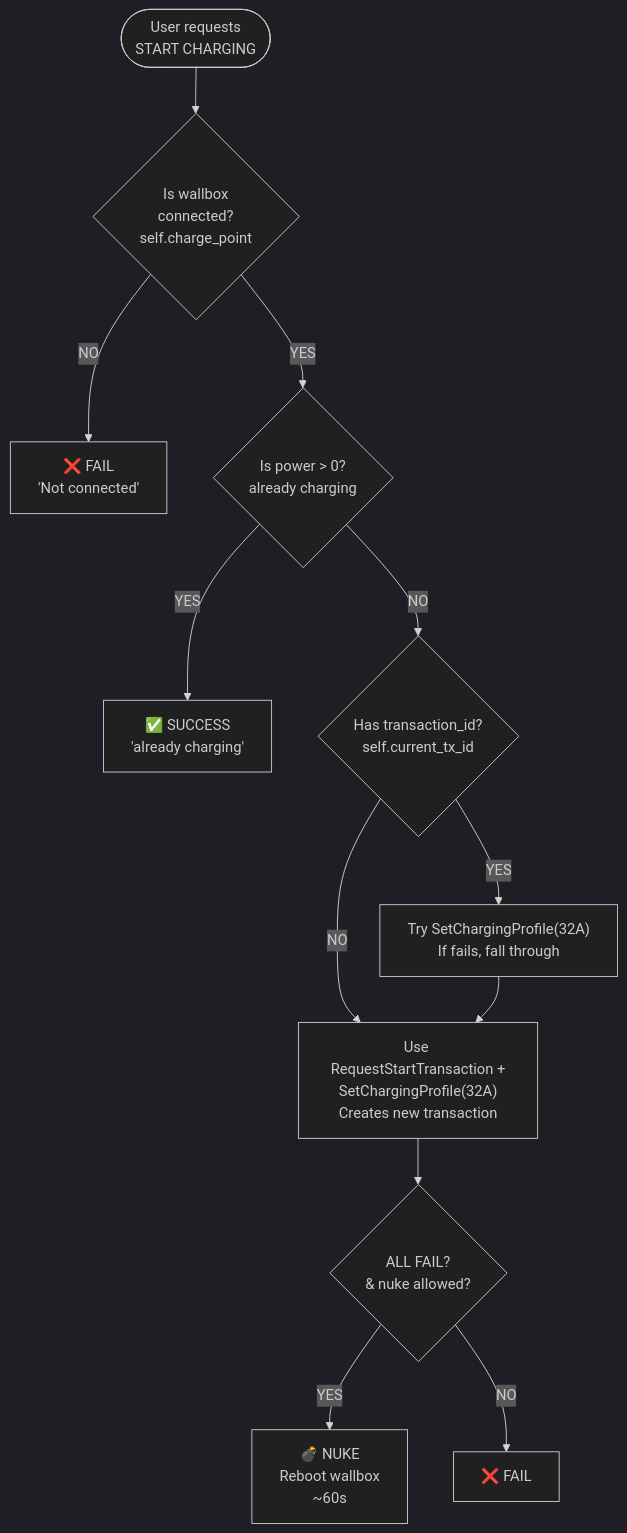
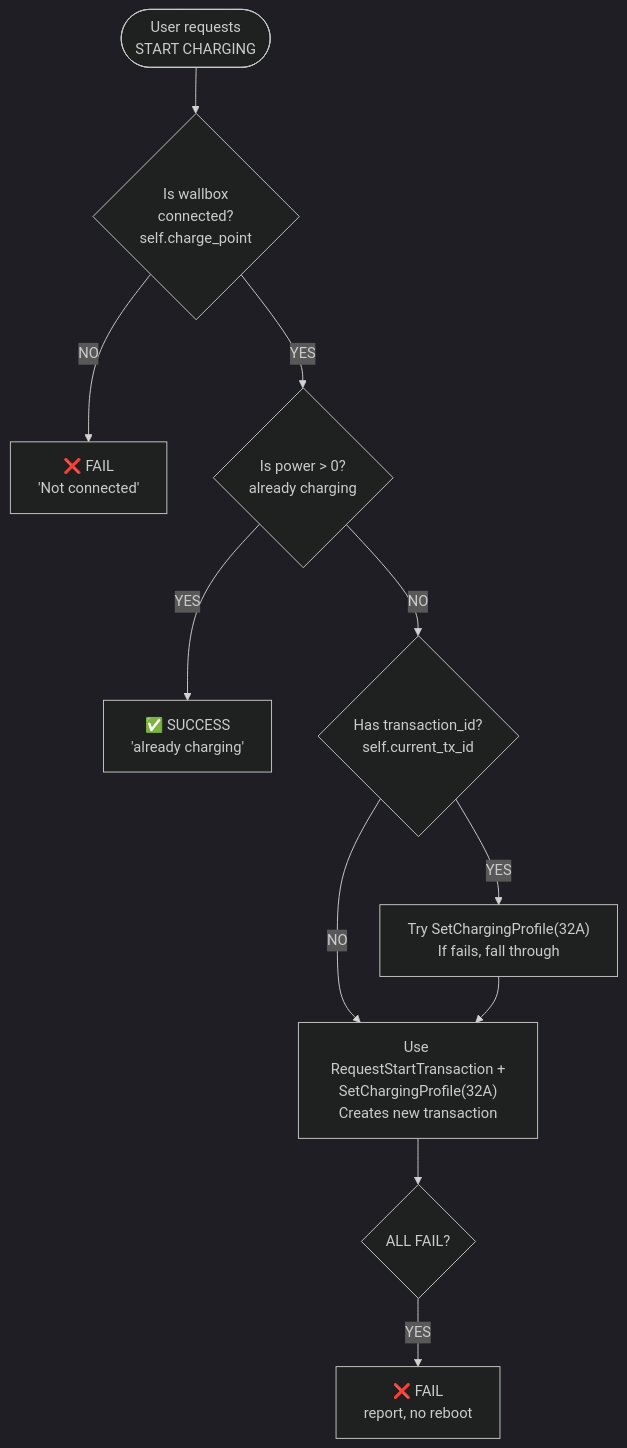
Before and after one commit to JoaoPedroBelo/bmw-wallbox-ha: the first of 4 diagrams in custom_components/bmw_wallbox/docs/PATTERNS.md, drawn with Mermaid (dark theme). The commit also changed other lines of this file and 9 other files, not shown here.

````diff
--- a/custom_components/bmw_wallbox/docs/PATTERNS.md
+++ b/custom_components/bmw_wallbox/docs/PATTERNS.md
@@ -7,34 +7,31 @@
 ```mermaid
 flowchart TD
     Start([User requests<br/>START CHARGING])
     
     CheckConn{Is wallbox<br/>connected?<br/>self.charge_point}
     FailNotConn["❌ FAIL<br/>'Not connected'"]
     
     CheckPower{Is power > 0?<br/>already charging}
     SuccessAlready["✅ SUCCESS<br/>'already charging'"]
     
     CheckTx{Has transaction_id?<br/>self.current_tx_id}
     
     TryResume["Try SetChargingProfile(32A)<br/>If fails, fall through"]
     
     TryStart["Use RequestStartTransaction +<br/>SetChargingProfile(32A)<br/>Creates new transaction"]
     
-    CheckAllFail{ALL FAIL?<br/>& nuke allowed?}
+    CheckAllFail{ALL FAIL?}
     
-    Nuke["💣 NUKE<br/>Reboot wallbox<br/>~60s"]
-    
-    Fail["❌ FAIL"]
+    Fail["❌ FAIL<br/>report, no reboot"]
     
     Start --> CheckConn
     CheckConn -->|NO| FailNotConn
     CheckConn -->|YES| CheckPower
     CheckPower -->|YES| SuccessAlready
     CheckPower -->|NO| CheckTx
     CheckTx -->|YES| TryResume
     CheckTx -->|NO| TryStart
     TryResume --> TryStart
     TryStart --> CheckAllFail
-    CheckAllFail -->|YES| Nuke
-    CheckAllFail -->|NO| Fail
+    CheckAllFail -->|YES| Fail
 ```
````
